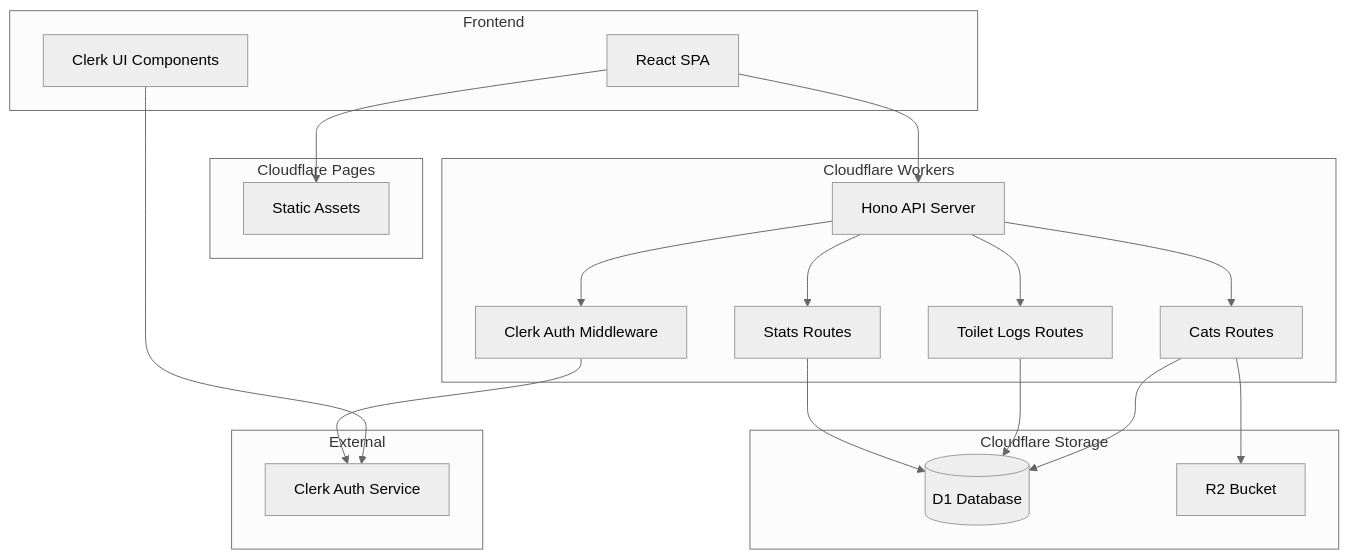
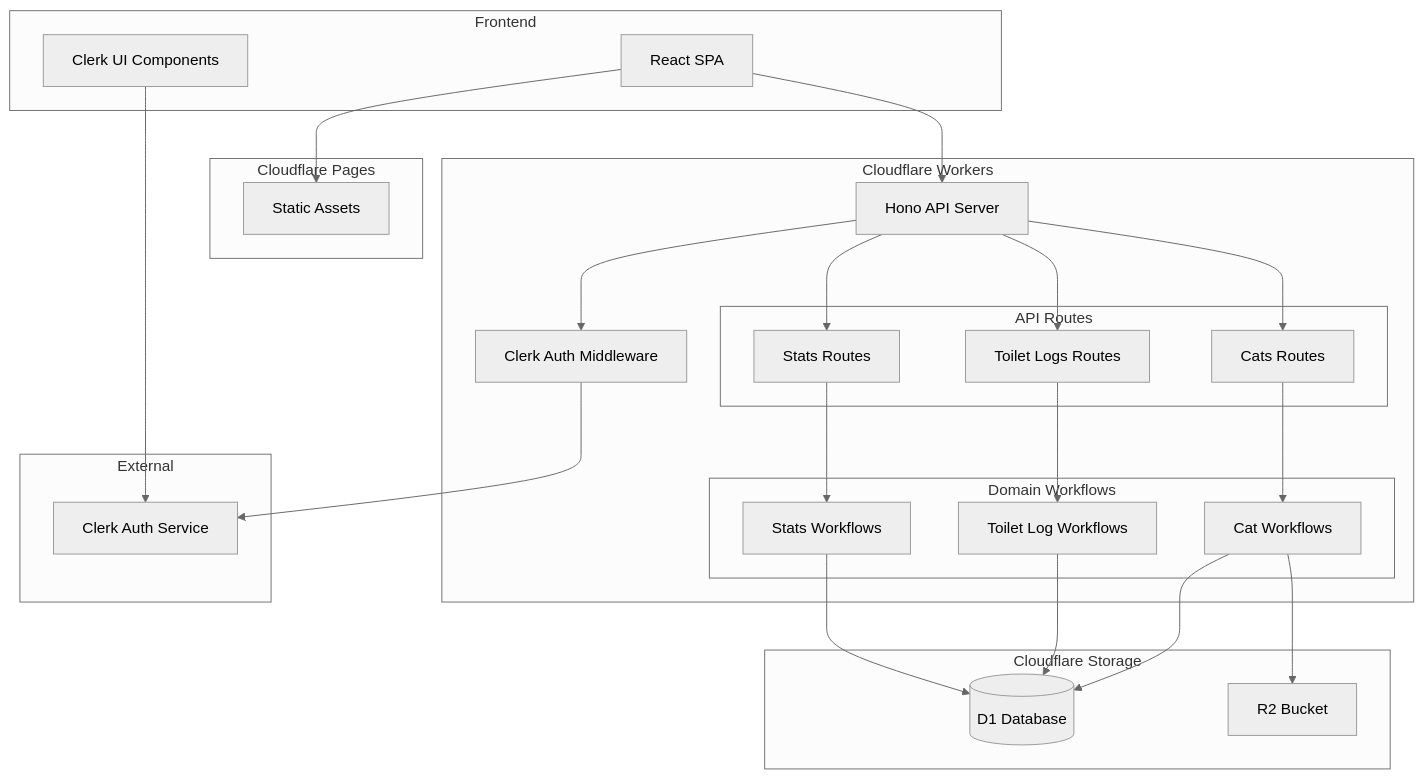
The first of 5 diagrams in .kiro/specs/cat-toilet-tracker/design.md (okayus/nekolog), drawn with Mermaid (neutral theme) before and after one commit. The commit also changed other lines of this file and 10 other files, not shown here.

````diff
--- a/.kiro/specs/cat-toilet-tracker/design.md
+++ b/.kiro/specs/cat-toilet-tracker/design.md
@@ -30,41 +31,51 @@
 ```mermaid
 graph TB
     subgraph Frontend
         SPA[React SPA]
         ClerkUI[Clerk UI Components]
     end
 
     subgraph CloudflarePages[Cloudflare Pages]
         StaticAssets[Static Assets]
     end
 
     subgraph CloudflareWorkers[Cloudflare Workers]
         HonoAPI[Hono API Server]
         ClerkMiddleware[Clerk Auth Middleware]
-        CatsRoute[Cats Routes]
-        LogsRoute[Toilet Logs Routes]
-        StatsRoute[Stats Routes]
+        subgraph Workflows[Domain Workflows]
+            CatWorkflows[Cat Workflows]
+            LogWorkflows[Toilet Log Workflows]
+            StatsWorkflows[Stats Workflows]
+        end
+        subgraph Routes[API Routes]
+            CatsRoute[Cats Routes]
+            LogsRoute[Toilet Logs Routes]
+            StatsRoute[Stats Routes]
+        end
     end
 
     subgraph CloudflareStorage[Cloudflare Storage]
         D1[(D1 Database)]
         R2[R2 Bucket]
     end
 
     subgraph External
         ClerkService[Clerk Auth Service]
     end
 
     SPA --> StaticAssets
     SPA --> HonoAPI
     ClerkUI --> ClerkService
     HonoAPI --> ClerkMiddleware
     ClerkMiddleware --> ClerkService
     HonoAPI --> CatsRoute
     HonoAPI --> LogsRoute
     HonoAPI --> StatsRoute
-    CatsRoute --> D1
-    LogsRoute --> D1
-    StatsRoute --> D1
-    CatsRoute --> R2
+    CatsRoute --> CatWorkflows
+    LogsRoute --> LogWorkflows
+    StatsRoute --> StatsWorkflows
+    CatWorkflows --> D1
+    LogWorkflows --> D1
+    StatsWorkflows --> D1
+    CatWorkflows --> R2
 ```
````
